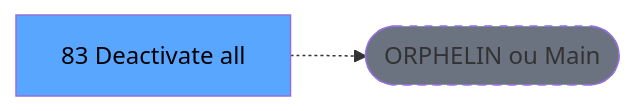
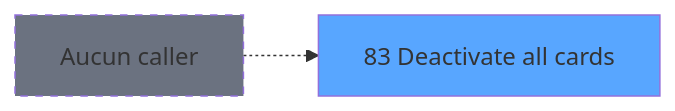
One commit to thonyAGP/lecteur-magic changed the second of 3 diagrams in .openspec/specs/ADH-IDE-83.md. Above: the diagram before and after it, drawn with Mermaid. The commit also changed other lines of this file and 96 other files, not shown here.

````diff
--- a/.openspec/specs/ADH-IDE-83.md
+++ b/.openspec/specs/ADH-IDE-83.md
@@ -117,8 +165,8 @@
 ```mermaid
 graph LR
-    T[83 Deactivate all ]
-    ORPHAN([ORPHELIN ou Main])
-    T -.-> ORPHAN
-    style T fill:#58a6ff,color:#000
-    style ORPHAN fill:#6b7280,stroke-dasharray: 5 5
+    T83[83 Deactivate all cards]
+    style T83 fill:#58a6ff
+    NONE[Aucun caller]
+    NONE -.-> T83
+    style NONE fill:#6b7280,stroke-dasharray: 5 5
 ```
````
